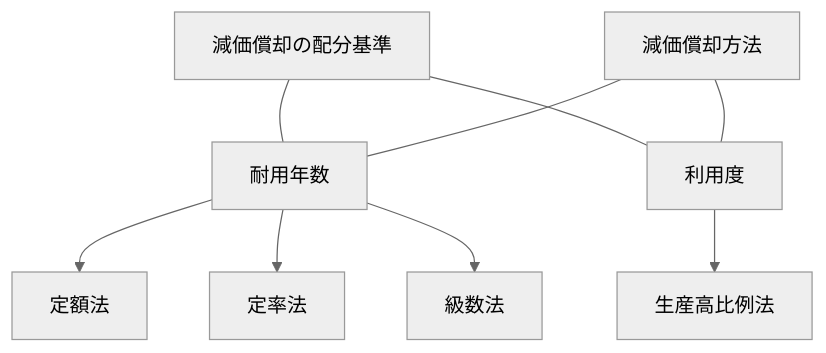
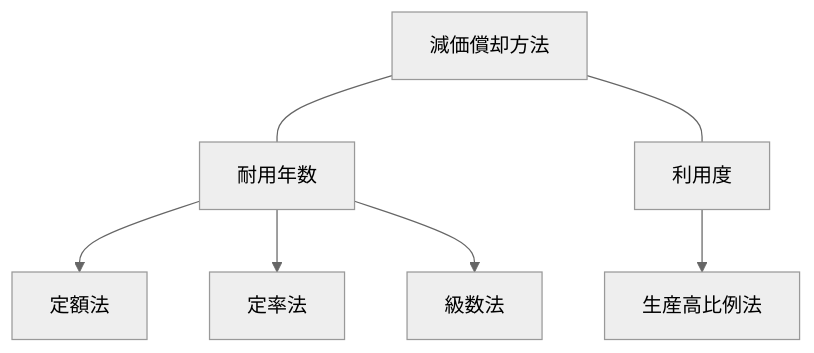
The third of 4 diagrams in 減価償却/減価償却費の計算.md (bebetakumi/mermaid), drawn with Mermaid (neutral theme) before and after one commit. The commit also changed other lines of this file, not shown here.

````diff
--- a/減価償却/減価償却費の計算.md
+++ b/減価償却/減価償却費の計算.md
@@ -10,9 +16,7 @@
 ```mermaid
 flowchart TD
-
-減価償却の配分基準 --- 耐用年数 & 利用度
 
 減価償却方法 --- 耐用年数 --> 定額法 & 定率法 & 級数法
 減価償却方法 --- 利用度 --> 生産高比例法
 
 ```
````
